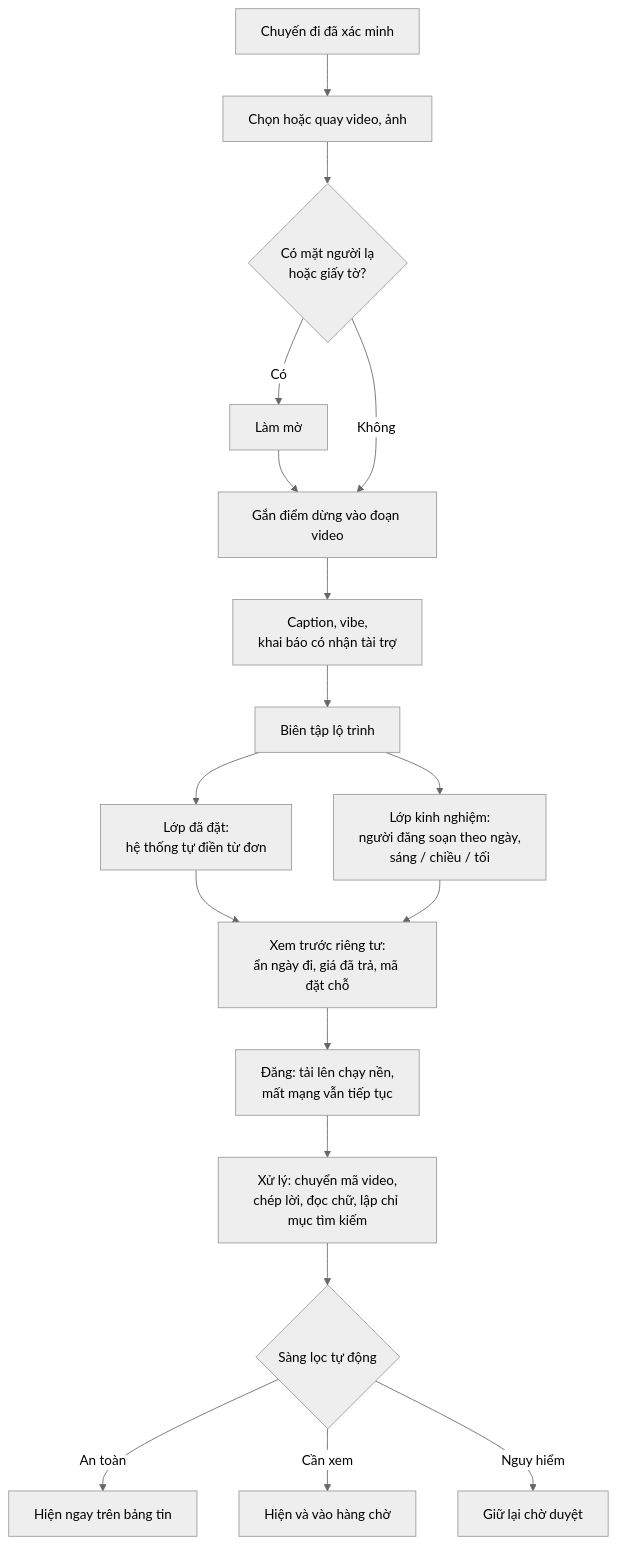
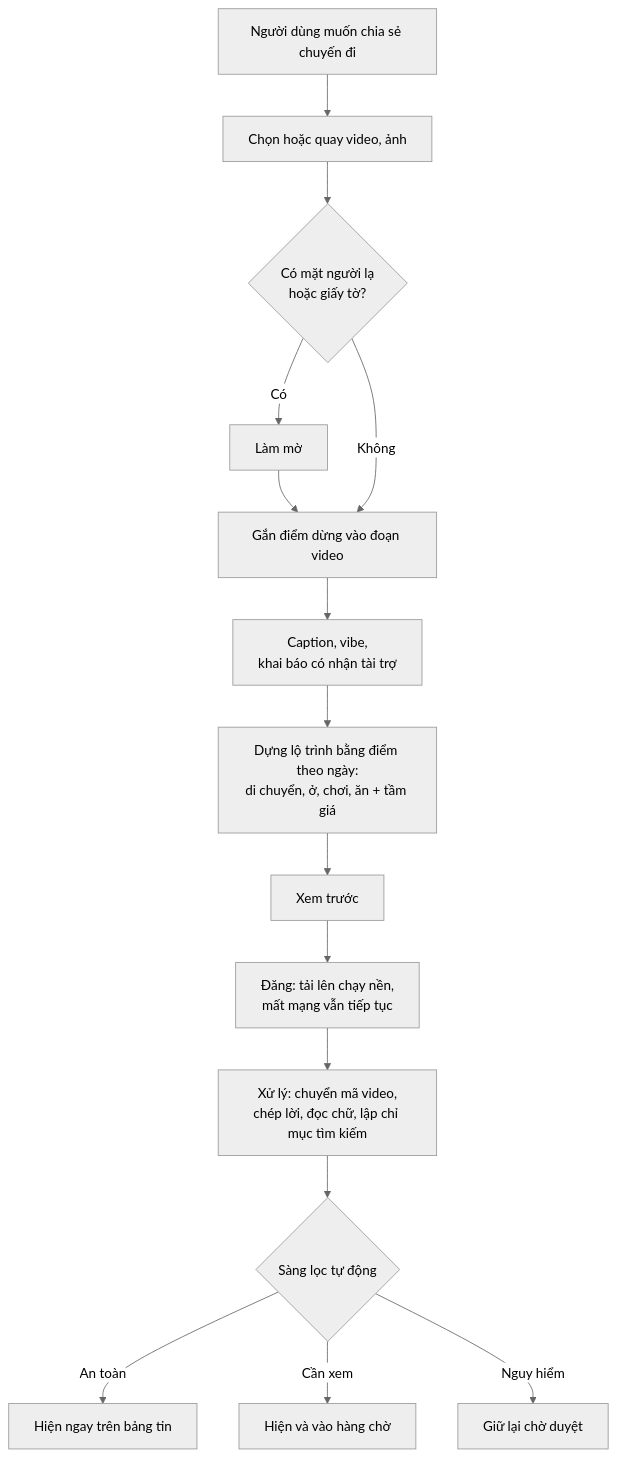
Before and after one commit to lengqbaorr/OTA_research: the third of 10 diagrams in docs/10-diagram-workflow.md, drawn with Mermaid (neutral theme). The commit also changed other lines of this file and 5 other files, not shown here.

First line of the commit message:
Pivot to Đi ngay: drop stay verification, point-based itineraries, hybrid AI plus rule planner in simulation and diagrams

````diff
--- a/docs/10-diagram-workflow.md
+++ b/docs/10-diagram-workflow.md
@@ -60,19 +56,16 @@
 ```mermaid
 flowchart TD
-    S["Chuyến đi đã xác minh"] --> M["Chọn hoặc quay video, ảnh"]
+    S["Người dùng muốn chia sẻ chuyến đi"] --> M["Chọn hoặc quay video, ảnh"]
     M --> PR{"Có mặt người lạ<br/>hoặc giấy tờ?"}
     PR -->|"Có"| BL["Làm mờ"] --> TAG
     PR -->|"Không"| TAG["Gắn điểm dừng vào đoạn video"]
     TAG --> CAP["Caption, vibe,<br/>khai báo có nhận tài trợ"]
-    CAP --> IT["Biên tập lộ trình"]
-    IT --> IT1["Lớp đã đặt:<br/>hệ thống tự điền từ đơn"]
-    IT --> IT2["Lớp kinh nghiệm:<br/>người đăng soạn theo ngày,<br/>sáng / chiều / tối"]
-    IT1 --> PV["Xem trước riêng tư:<br/>ẩn ngày đi, giá đã trả, mã đặt chỗ"]
-    IT2 --> PV
+    CAP --> IT["Dựng lộ trình bằng điểm theo ngày:<br/>di chuyển, ở, chơi, ăn + tầm giá"]
+    IT --> PV["Xem trước"]
     PV --> UP["Đăng: tải lên chạy nền,<br/>mất mạng vẫn tiếp tục"]
     UP --> PIPE["Xử lý: chuyển mã video,<br/>chép lời, đọc chữ, lập chỉ mục tìm kiếm"]
     PIPE --> MOD{"Sàng lọc tự động"}
     MOD -->|"An toàn"| LIVE["Hiện ngay trên bảng tin"]
     MOD -->|"Cần xem"| LIVE2["Hiện và vào hàng chờ"]
     MOD -->|"Nguy hiểm"| HOLD["Giữ lại chờ duyệt"]
 ```
````
